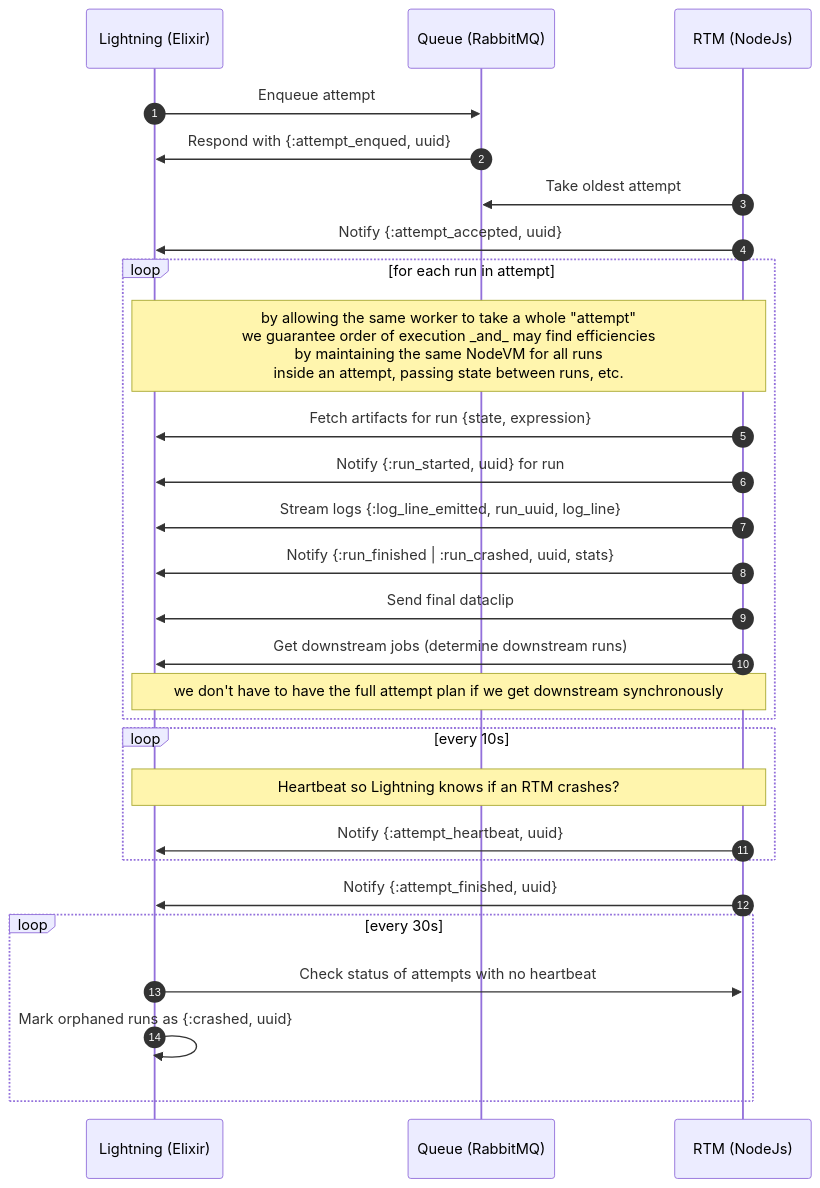
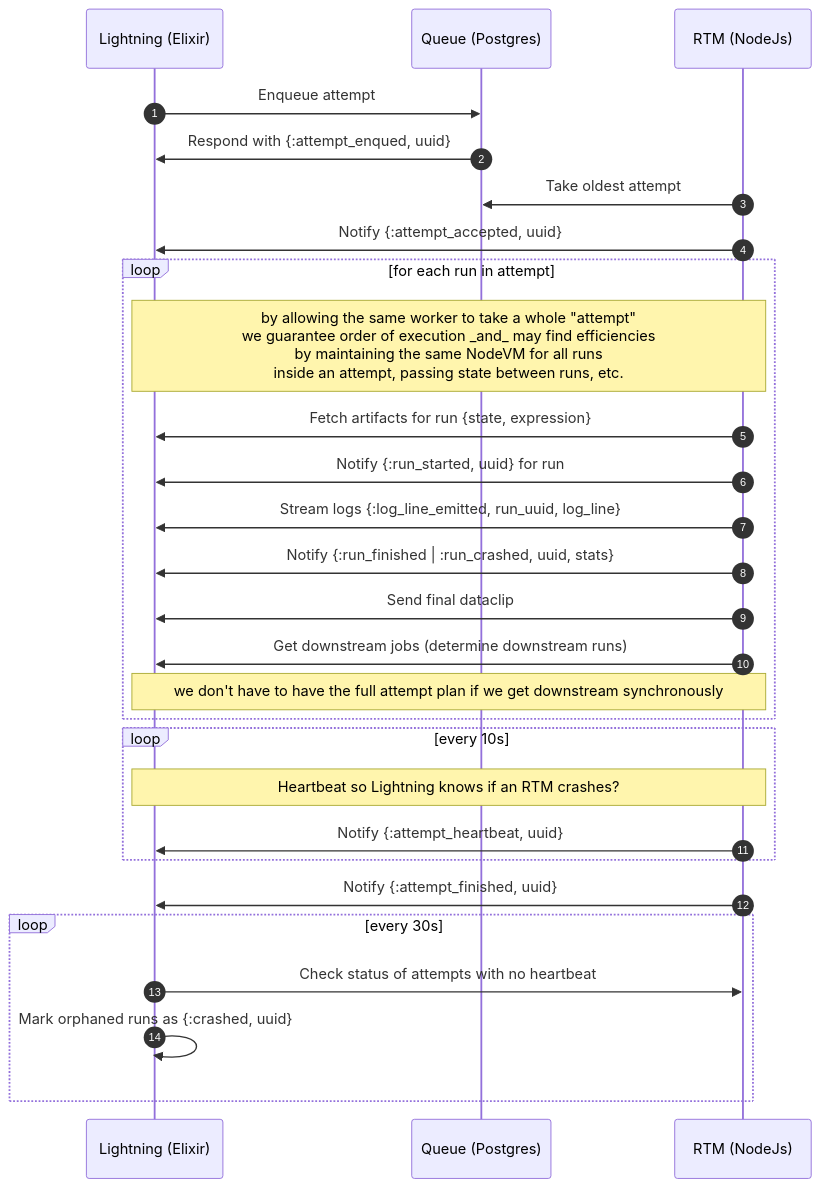
One commit to OpenFn/lightning changed the diagram in web-queue-worker.md. Above: the diagram before and after it, drawn with Mermaid. The commit also changed other lines of this file, not shown here.

Commit message:
queue uses postgres, not rabbit

````diff
--- a/web-queue-worker.md
+++ b/web-queue-worker.md
@@ -10,30 +13,30 @@
 ```mermaid
 sequenceDiagram
 autonumber
     participant L as Lightning (Elixir)
-    participant Q as Queue (RabbitMQ)
+    participant Q as Queue (Postgres)
     participant R as RTM (NodeJs)
     L->>Q: Enqueue attempt
     Q->>L: Respond with {:attempt_enqued, uuid}
     R->>Q: Take oldest attempt
     R->>L: Notify {:attempt_accepted, uuid}
     loop for each run in attempt
     Note over L,R: by allowing the same worker to take a whole "attempt" <br> we guarantee order of execution _and_ may find efficiencies <br> by maintaining the same NodeVM for all runs <br> inside an attempt, passing state between runs, etc.
     R->>L: Fetch artifacts for run {state, expression}
     R->>L: Notify {:run_started, uuid} for run
     R->>L: Stream logs {:log_line_emitted, run_uuid, log_line}
     R->>L: Notify {:run_finished | :run_crashed, uuid, stats}
     R->>L: Send final dataclip
     R->>L: Get downstream jobs (determine downstream runs)
     Note over R,L: we don't have to have the full attempt plan if we get downstream synchronously
     end
     loop every 10s
     Note over R,L: Heartbeat so Lightning knows if an RTM crashes?
     R->>L: Notify {:attempt_heartbeat, uuid}
     end
     R->>L: Notify {:attempt_finished, uuid}
     loop every 30s
     L->>R: Check status of attempts with no heartbeat
     L->>L: Mark orphaned runs as {:crashed, uuid}
     end
 ```
````
